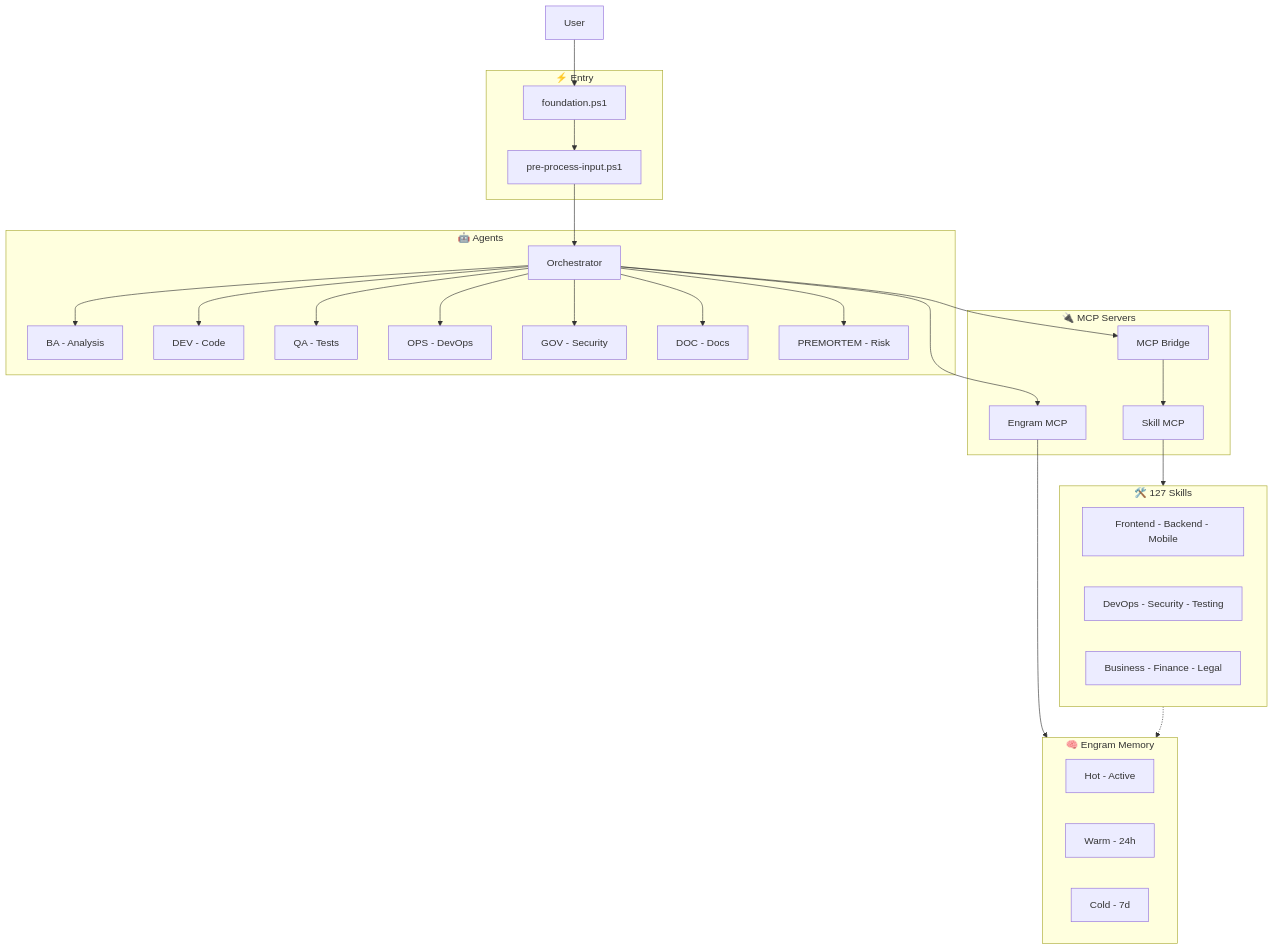
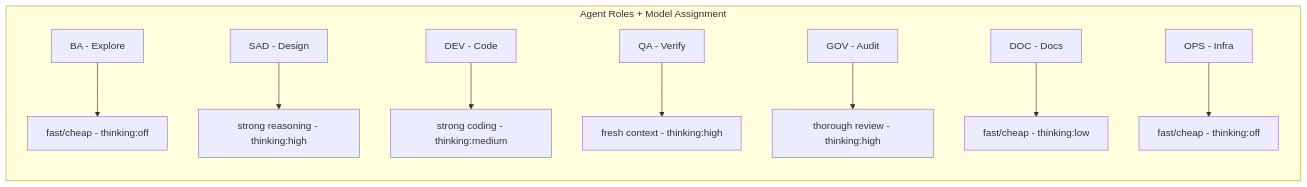
One commit to EmmanuelOrtiz87/gentle-vanguard changed the third of 3 diagrams in README.md. Above: the diagram before and after it, drawn with Mermaid. The commit also changed other lines of this file and 11 other files, not shown here.

Commit message:
feat: v2.15.0 — skill registry rewrite, delegation rules, SDD preflight, model routing, review guard

````diff
--- a/README.md
+++ b/README.md
@@ -116,41 +117,12 @@
 ```mermaid
-flowchart TB
-    subgraph AGT["🤖 Agents"]
-        ORC[Orchestrator]
-        ORC --> BA[BA - Analysis]
-        ORC --> DEV[DEV - Code]
-        ORC --> QA[QA - Tests]
-        ORC --> OPS[OPS - DevOps]
-        ORC --> GOV[GOV - Security]
-        ORC --> DOC[DOC - Docs]
-        ORC --> PRE[PREMORTEM - Risk]
+flowchart LR
+    subgraph ROLES[Agent Roles + Model Assignment]
+        BA[BA - Explore] --> M1[fast/cheap - thinking:off]
+        SAD[SAD - Design] --> M2[strong reasoning - thinking:high]
+        DEV[DEV - Code] --> M3[strong coding - thinking:medium]
+        QA[QA - Verify] --> M4[fresh context - thinking:high]
+        GOV[GOV - Audit] --> M5[thorough review - thinking:high]
+        DOC[DOC - Docs] --> M6[fast/cheap - thinking:low]
+        OPS[OPS - Infra] --> M7[fast/cheap - thinking:off]
     end
-
-    subgraph CLI["⚡ Entry"]
-        WF[foundation.ps1]
-        PP[pre-process-input.ps1]
-    end
-
-    subgraph MCP["🔌 MCP Servers"]
-        BRIDGE[MCP Bridge]
-        EMCP[Engram MCP]
-        SMCP[Skill MCP]
-    end
-
-    subgraph SK["🛠️ 127 Skills"]
-        FE[Frontend - Backend - Mobile]
-        OS[DevOps - Security - Testing]
-        BZ[Business - Finance - Legal]
-    end
-
-    subgraph MEM["🧠 Engram Memory"]
-        H[Hot - Active]
-        W[Warm - 24h]
-        C[Cold - 7d]
-    end
-
-    User --> WF --> PP --> ORC
-    ORC --> BRIDGE --> SMCP --> SK
-    ORC --> EMCP --> MEM
-    SK -.-> MEM
 ```
````
